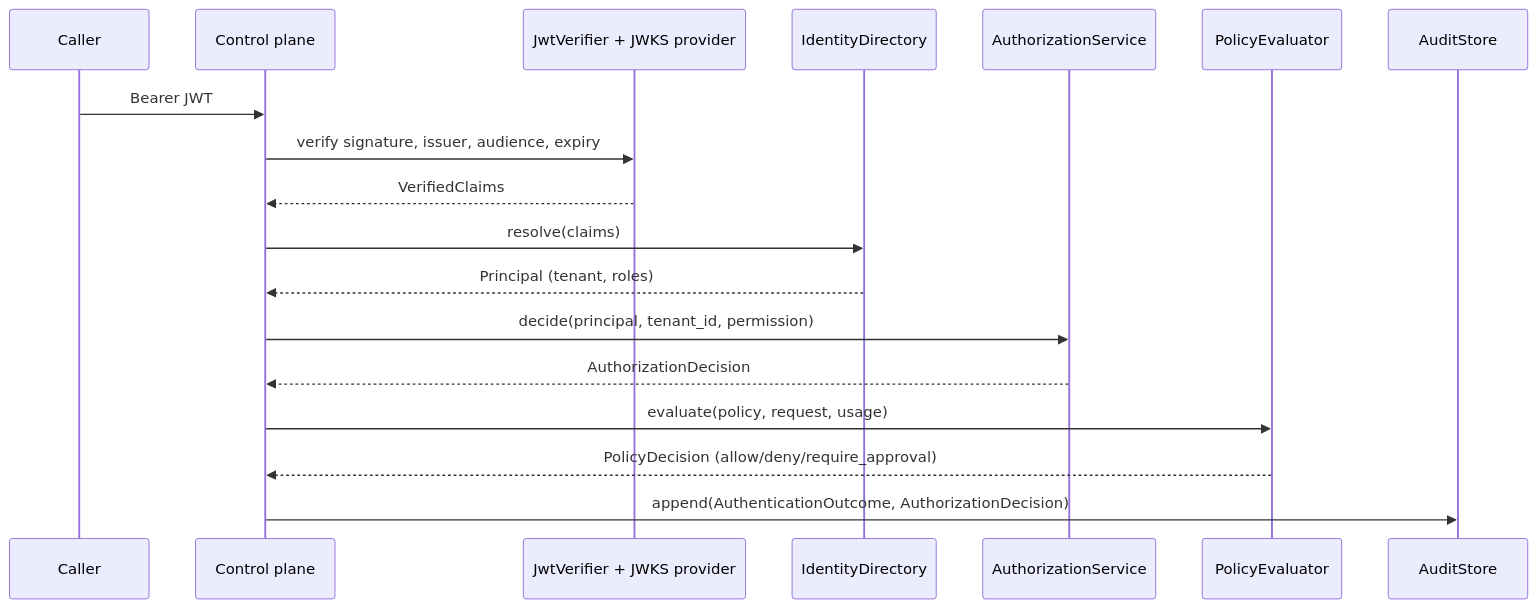
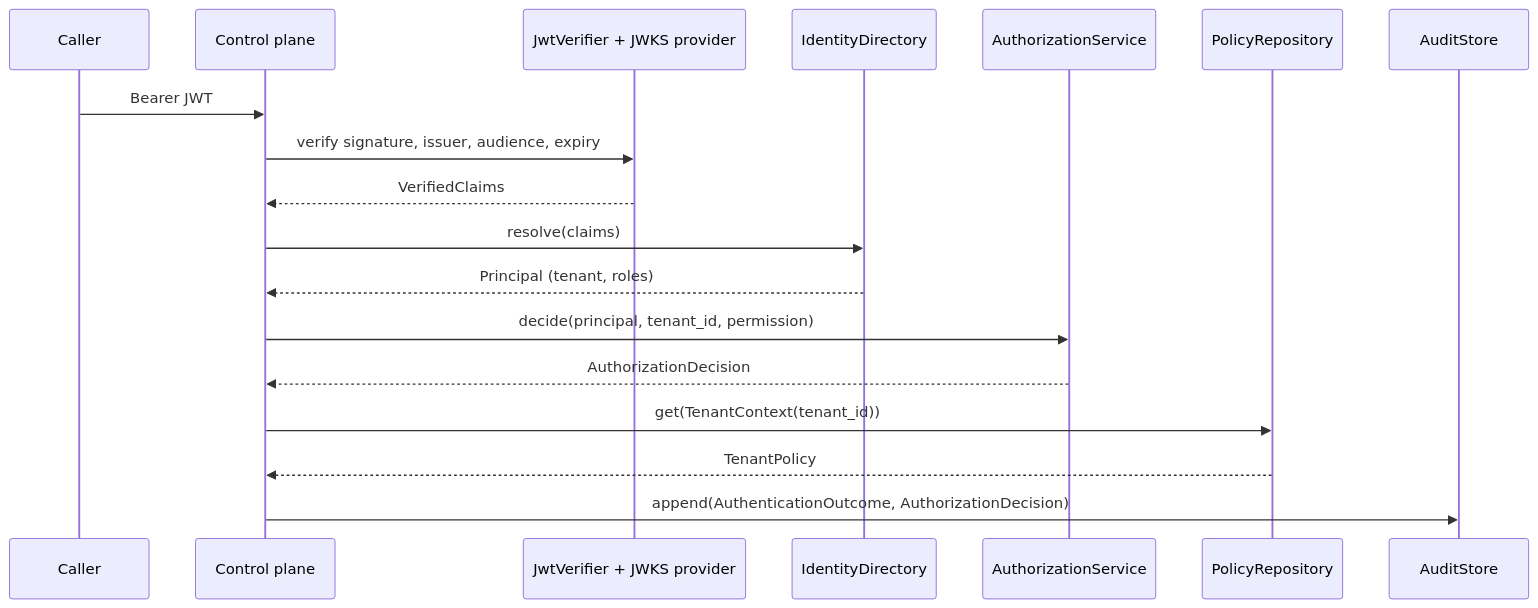
One commit to mrinmoyece/aegis-agent-platform changed the third of 6 diagrams in docs/architecture.md. Above: the diagram before and after it, drawn with Mermaid. The commit also changed other lines of this file and 20 other files, not shown here.

````diff
--- a/docs/architecture.md
+++ b/docs/architecture.md
@@ -66,20 +66,20 @@
 ```mermaid
 sequenceDiagram
   participant C as Caller
   participant CP as Control plane
   participant J as JwtVerifier + JWKS provider
   participant D as IdentityDirectory
   participant Z as AuthorizationService
-  participant Q as PolicyEvaluator
+  participant P as PolicyRepository
   participant A as AuditStore
   C->>CP: Bearer JWT
   CP->>J: verify signature, issuer, audience, expiry
   J-->>CP: VerifiedClaims
   CP->>D: resolve(claims)
   D-->>CP: Principal (tenant, roles)
   CP->>Z: decide(principal, tenant_id, permission)
   Z-->>CP: AuthorizationDecision
-  CP->>Q: evaluate(policy, request, usage)
-  Q-->>CP: PolicyDecision (allow/deny/require_approval)
+  CP->>P: get(TenantContext(tenant_id))
+  P-->>CP: TenantPolicy
   CP->>A: append(AuthenticationOutcome, AuthorizationDecision)
 ```
````
